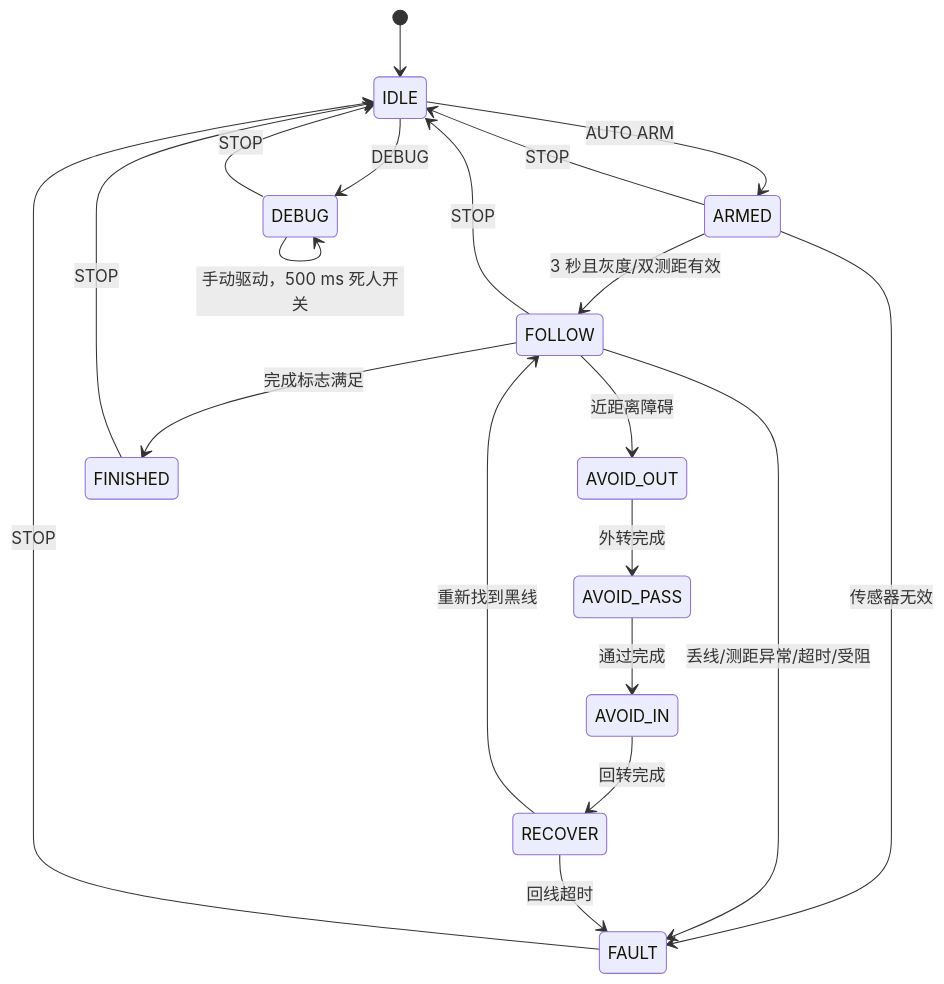
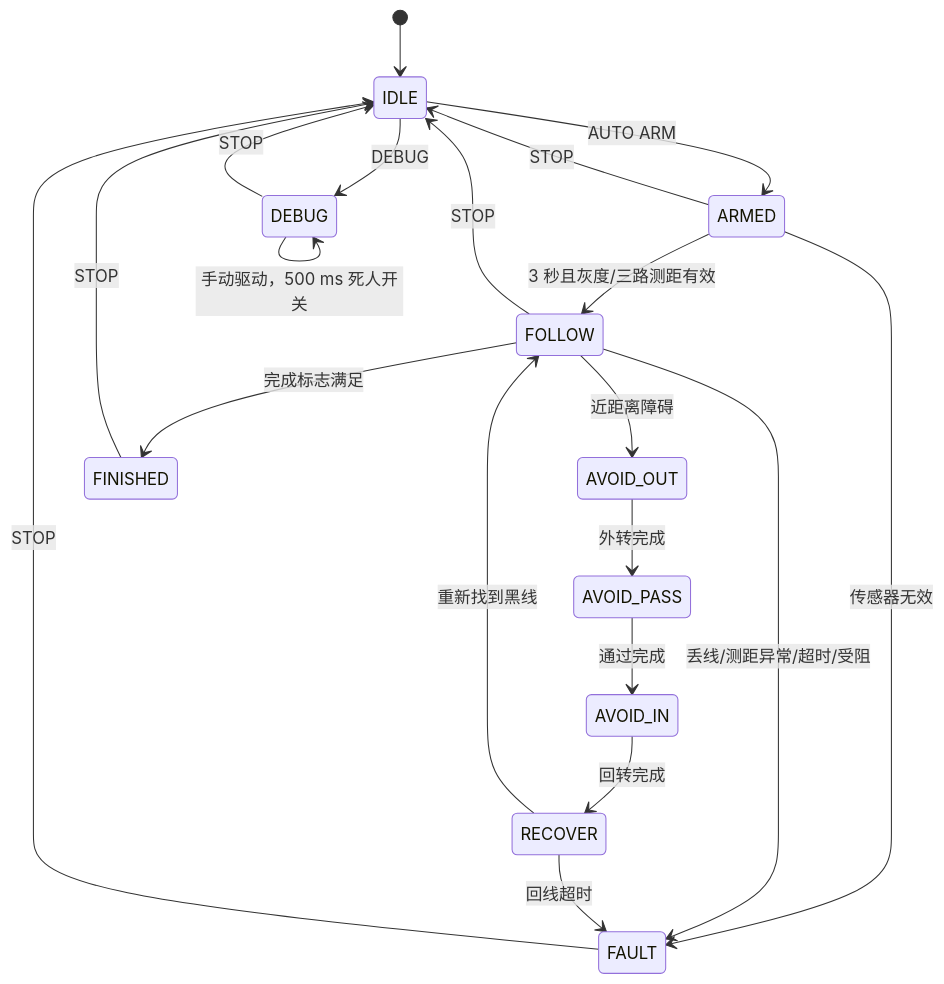
Before and after one commit to xxiaolove8/engineering_innovation: the diagram in README.md, drawn with Mermaid. The commit also changed other lines of this file and 118 other files, not shown here.

````diff
--- a/README.md
+++ b/README.md
@@ -20,22 +74,22 @@
 ```mermaid
 stateDiagram-v2
     [*] --> IDLE
     IDLE --> ARMED: AUTO ARM
     IDLE --> DEBUG: DEBUG
-    ARMED --> FOLLOW: 3 秒且灰度/双测距有效
+    ARMED --> FOLLOW: 3 秒且灰度/三路测距有效
     FOLLOW --> AVOID_OUT: 近距离障碍
     AVOID_OUT --> AVOID_PASS: 外转完成
     AVOID_PASS --> AVOID_IN: 通过完成
     AVOID_IN --> RECOVER: 回转完成
     RECOVER --> FOLLOW: 重新找到黑线
     FOLLOW --> FINISHED: 完成标志满足
     ARMED --> FAULT: 传感器无效
     FOLLOW --> FAULT: 丢线/测距异常/超时/受阻
     RECOVER --> FAULT: 回线超时
     DEBUG --> DEBUG: 手动驱动，500 ms 死人开关
     DEBUG --> IDLE: STOP
     ARMED --> IDLE: STOP
     FOLLOW --> IDLE: STOP
     FAULT --> IDLE: STOP
     FINISHED --> IDLE: STOP
 ```
````
